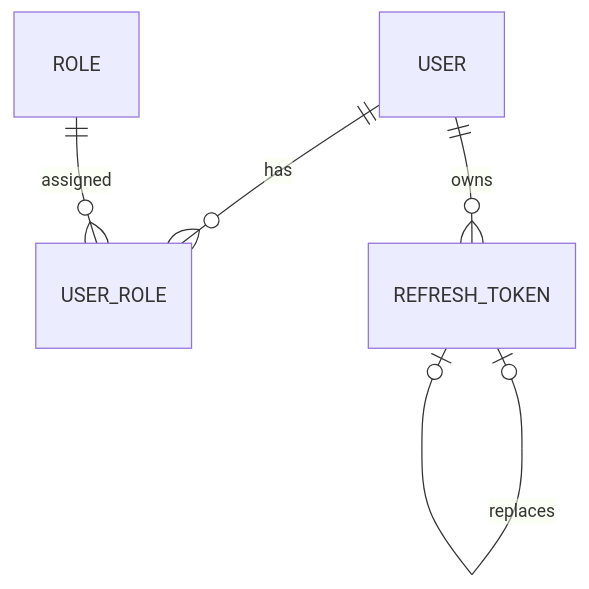
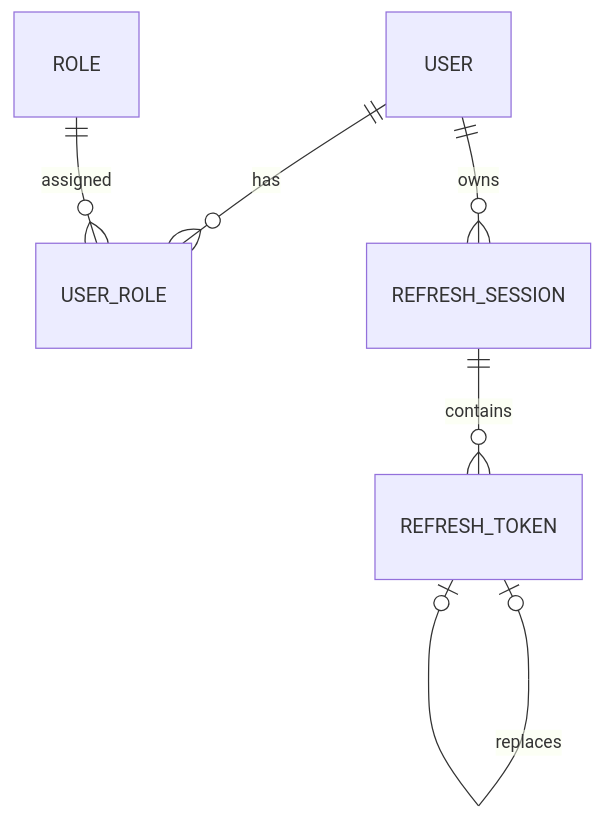
One commit to SqeeZarion/AiControlCenter changed the diagram in src/Services/Identity/AiControlCenter.Identity.Domain/README.md. Above: the diagram before and after it, drawn with Mermaid. The commit also changed other lines of this file and 58 other files, not shown here.

````diff
--- a/src/Services/Identity/AiControlCenter.Identity.Domain/README.md
+++ b/src/Services/Identity/AiControlCenter.Identity.Domain/README.md
@@ -7,7 +7,8 @@
 ```mermaid
 erDiagram
     USER ||--o{ USER_ROLE : has
     ROLE ||--o{ USER_ROLE : assigned
-    USER ||--o{ REFRESH_TOKEN : owns
+    USER ||--o{ REFRESH_SESSION : owns
+    REFRESH_SESSION ||--o{ REFRESH_TOKEN : contains
     REFRESH_TOKEN o|--o| REFRESH_TOKEN : replaces
 ```
````
